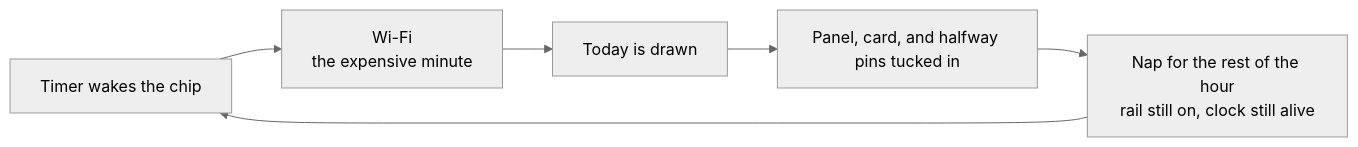
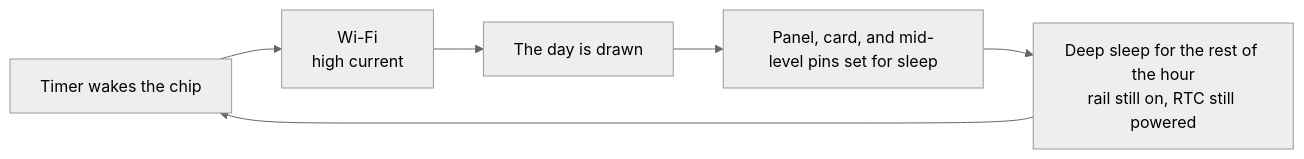
The third of 4 diagrams in README.md (eulestadt/x4-calendar-firmware), drawn with Mermaid (neutral theme) before and after one commit. The commit also changed other lines of this file, not shown here.

First line of the commit message:
State the sleep current without figurative language.

````diff
--- a/README.md
+++ b/README.md
@@ -100,8 +100,8 @@
 ```mermaid
 flowchart LR
-  wake["Timer wakes the chip"] --> wifi["Wi-Fi<br/>the expensive minute"]
-  wifi --> draw["Today is drawn"]
-  draw --> tuck["Panel, card, and halfway pins tucked in"]
-  tuck --> nap["Nap for the rest of the hour<br/>rail still on, clock still alive"]
-  nap --> wake
+  wake["Timer wakes the chip"] --> wifi["Wi-Fi<br/>high current"]
+  wifi --> draw["The day is drawn"]
+  draw --> pins["Panel, card, and mid-level pins set for sleep"]
+  pins --> asleep["Deep sleep for the rest of the hour<br/>rail still on, RTC still powered"]
+  asleep --> wake
 ```
````
